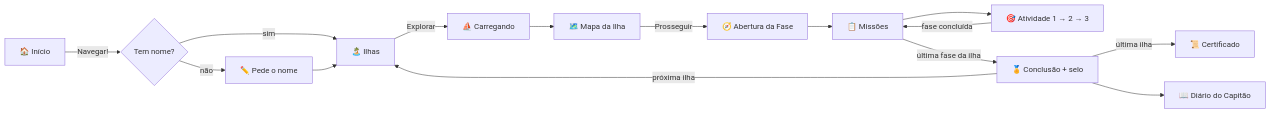
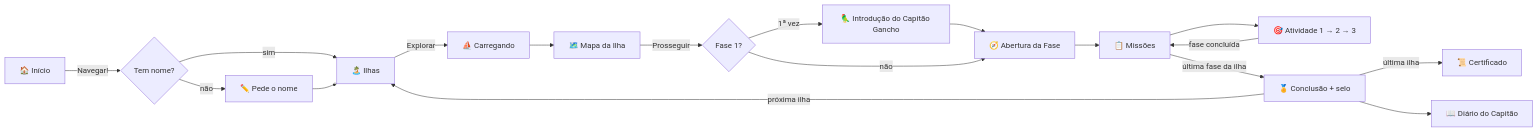
The diagram in README.md (b3ery/NavegaKids), drawn with Mermaid before and after one commit. The commit also changed other lines of this file and 6 other files, not shown here.

````diff
--- a/README.md
+++ b/README.md
@@ -190,17 +190,20 @@
 ```mermaid
 flowchart LR
     A[🏠 Início] -->|Navegar!| N{Tem nome?}
     N -->|não| P[✏️ Pede o nome]
     N -->|sim| B
     P --> B[🏝️ Ilhas]
     B -->|Explorar| C[⛵ Carregando]
     C --> D[🗺️ Mapa da Ilha]
-    D -->|Prosseguir| E[🧭 Abertura da Fase]
+    D -->|Prosseguir| K{Fase 1?}
+    K -->|1ª vez| Q[🦜 Introdução do Capitão Gancho]
+    Q --> E
+    K -->|não| E[🧭 Abertura da Fase]
     E --> F[📋 Missões]
     F --> G[🎯 Atividade 1 → 2 → 3]
     G -->|fase concluída| F
     F -->|última fase da ilha| H[🏅 Conclusão + selo]
     H -->|próxima ilha| B
     H -->|última ilha| I[📜 Certificado]
     H --> J[📖 Diário do Capitão]
 ```
````
